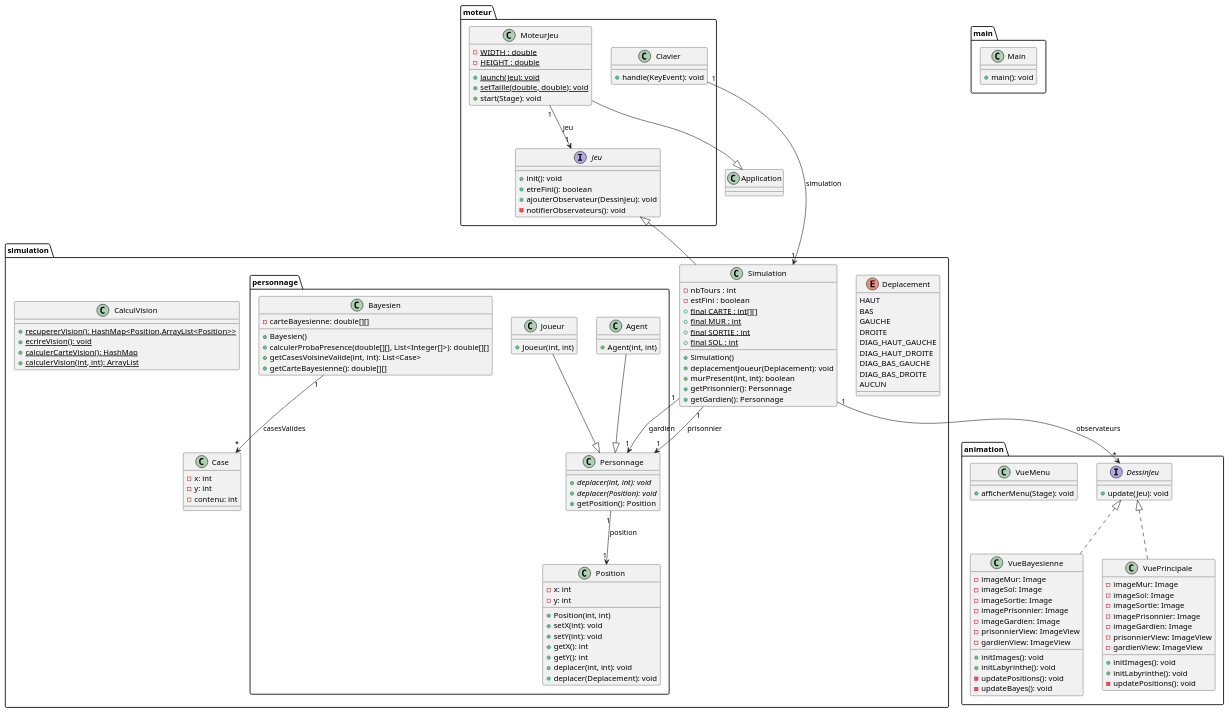
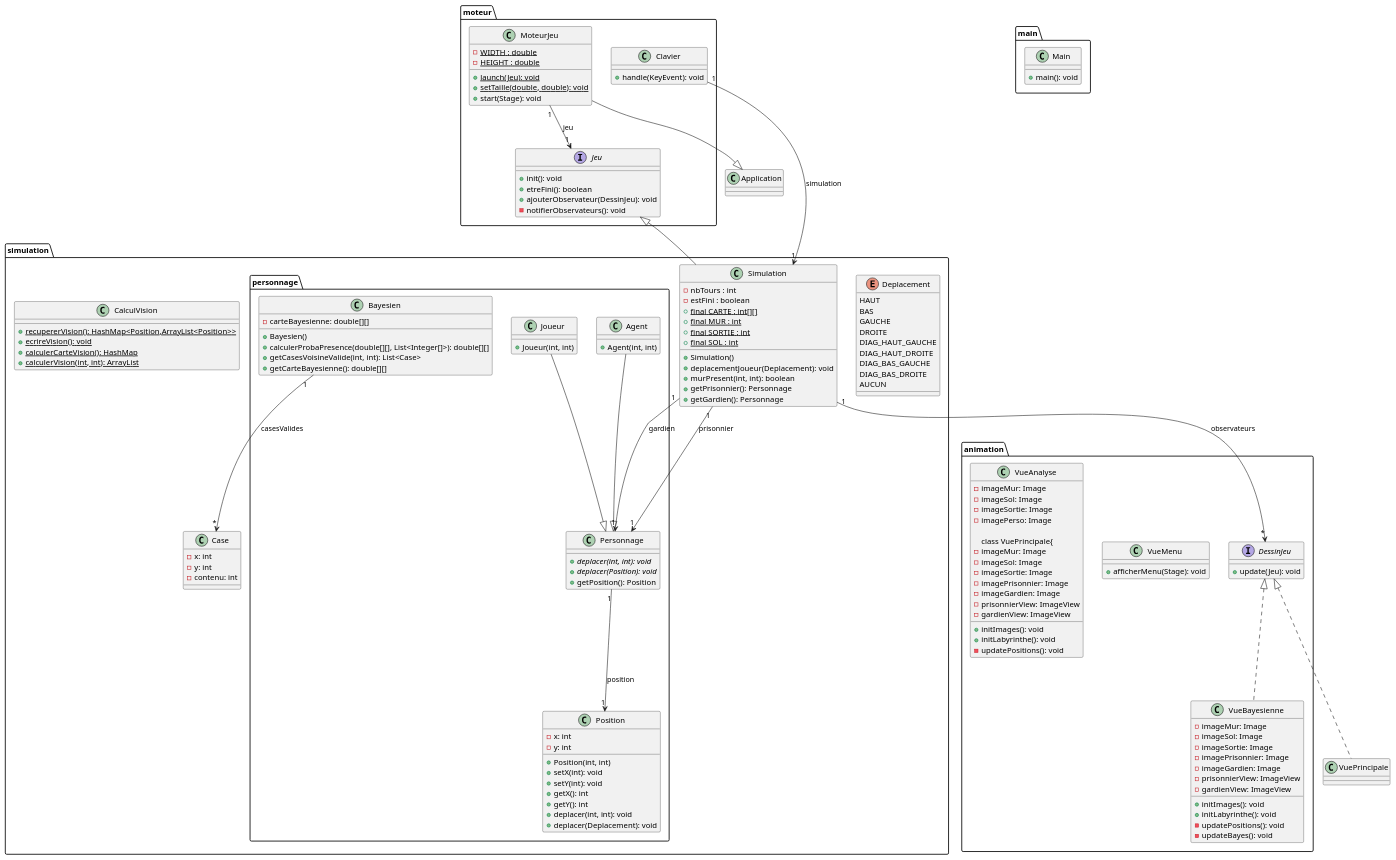
One commit to celie-ponroy/projet_tutore_amaglio_bitsindou_dechezlepretre_ponroy_RAIL2 changed the diagram in projet_tut_poursuite-evasion/class.puml. Above: the diagram before and after it, drawn with PlantUML. The commit also changed 1 other file, not shown here.

```diff
--- a/projet_tut_poursuite-evasion/class.puml
+++ b/projet_tut_poursuite-evasion/class.puml
@@ -1,155 +1,161 @@
 @startuml
 class Application
 
 
 package "moteur"{
   Interface Jeu{
     + init(): void
     + etreFini(): boolean
     + ajouterObservateur(DessinJeu): void
     - notifierObservateurs(): void
   }
   class Clavier{
     + handle(KeyEvent): void
   }
   class MoteurJeu{
     - {static} WIDTH : double
     - {static} HEIGHT : double
     + {static} launch(Jeu): void
     + {static} setTaille(double, double): void
     + start(Stage): void
   }
 }
 
 package "simulation"{
   enum Deplacement{
     HAUT
     BAS
     GAUCHE
     DROITE
     DIAG_HAUT_GAUCHE
     DIAG_HAUT_DROITE
     DIAG_BAS_GAUCHE
     DIAG_BAS_DROITE
     AUCUN
 }
   class Simulation{
     - nbTours : int
     - estFini : boolean
     + {static} final CARTE : int[][]
     + {static} final MUR : int
     + {static} final SORTIE : int
     + {static} final SOL : int
     + Simulation()
     + deplacementJoueur(Deplacement): void
     + murPresent(int, int): boolean
     + getPrisonnier(): Personnage
     + getGardien(): Personnage
   }
 
   class Case{
     - x: int
     - y: int
     - contenu: int
   }
 
   class CalculVision{
     + {static} recupererVision(): HashMap<Position,ArrayList<Position>>
     + {static} ecrireVision(): void
     + {static} calculerCarteVision(): HashMap
     + {static} calculerVision(int, int): ArrayList
   }
   package "personnage"{
     class Bayesien{
       - carteBayesienne: double[][]
       + Bayesien()
       + calculerProbaPresence(double[][], List<Integer[]>): double[][]
       + getCasesVoisineValide(int, int): List<Case>
       + getCarteBayesienne(): double[][]
     }
     class Position{
      - x: int
      - y: int
      + Position(int, int)
      + setX(int): void
      + setY(int): void
      + getX(): int
      + getY(): int
      + deplacer(int, int): void
      + deplacer(Deplacement): void
     }
 
     class Personnage{
       + {abstract} deplacer(int, int): void
       + {abstract} deplacer(Position): void
       + getPosition(): Position
     }
 
     class Agent{
       + Agent(int, int)
     }
     class Joueur{
       + Joueur(int, int)
     }
   }
 }
 
 
 package "animation" {
   Interface DessinJeu{
     + update(Jeu): void
   }
 
   class VueMenu{
     + afficherMenu(Stage): void
   }
 
+  class VueAnalyse{
+    - imageMur: Image
+    - imageSol: Image
+    - imageSortie: Image
+    - imagePerso: Image
+    
   class VuePrincipale{
     - imageMur: Image
     - imageSol: Image
     - imageSortie: Image
     - imagePrisonnier: Image
     - imageGardien: Image
     - prisonnierView: ImageView
     - gardienView: ImageView
     + initImages(): void
     + initLabyrinthe(): void
     - updatePositions(): void
   }
 
   class VueBayesienne{
       - imageMur: Image
       - imageSol: Image
       - imageSortie: Image
       - imagePrisonnier: Image
       - imageGardien: Image
       - prisonnierView: ImageView
       - gardienView: ImageView
       + initImages(): void
       + initLabyrinthe(): void
       - updatePositions(): void
       - updateBayes(): void
     }
 }
 
 package "main"{
   class Main{
     + main(): void
   }
 }
 
 Bayesien "1" --> "*" Case: casesValides
 Agent --|> Personnage
 Joueur --|> Personnage
 Personnage "1" --> "1" Position : position
 MoteurJeu --|> Application
 MoteurJeu "1" --> "1" Jeu: jeu
 Simulation "1" --> "*" DessinJeu : observateurs
 DessinJeu <|.. VuePrincipale
 DessinJeu <|.. VueBayesienne
 Simulation "1" --> "1" Personnage: gardien
 Simulation "1" --> "1" Personnage: prisonnier
 Clavier "1" --> "1" Simulation : simulation
 Jeu <|-- Simulation
 
 @enduml
```
